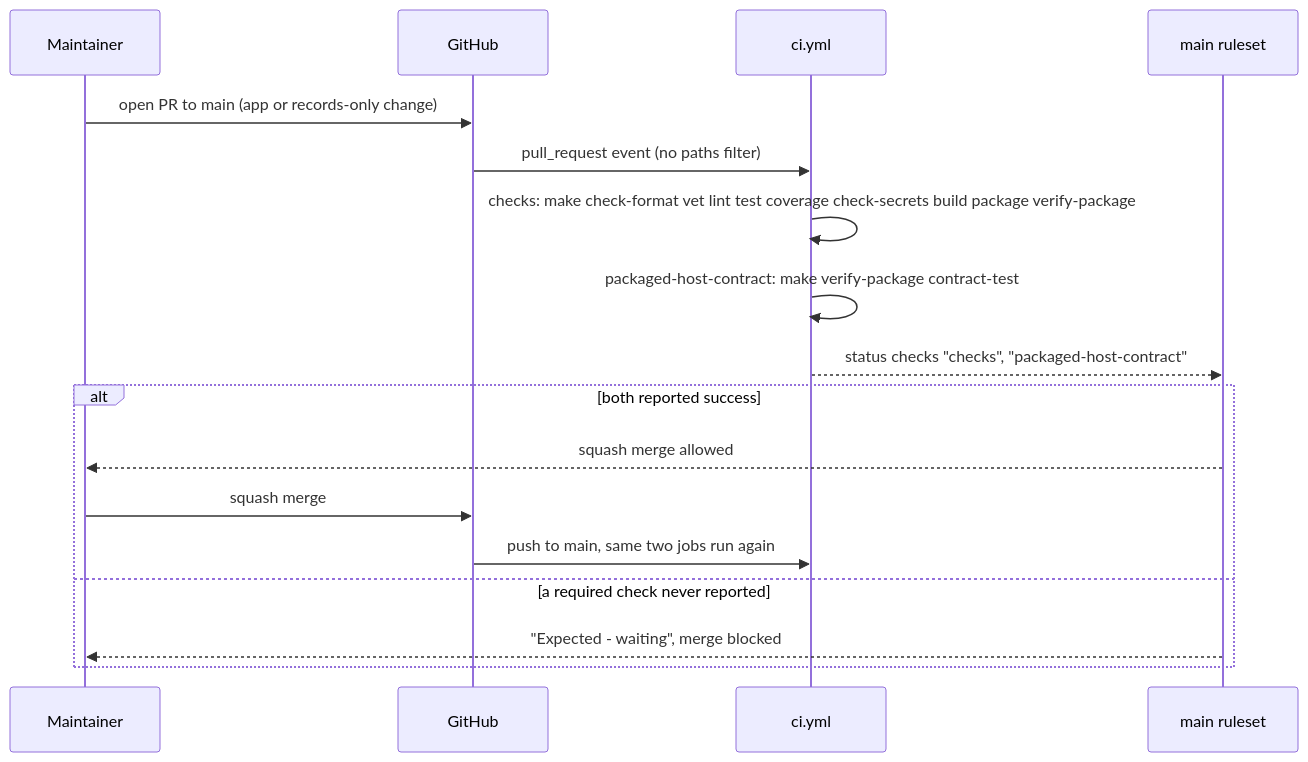
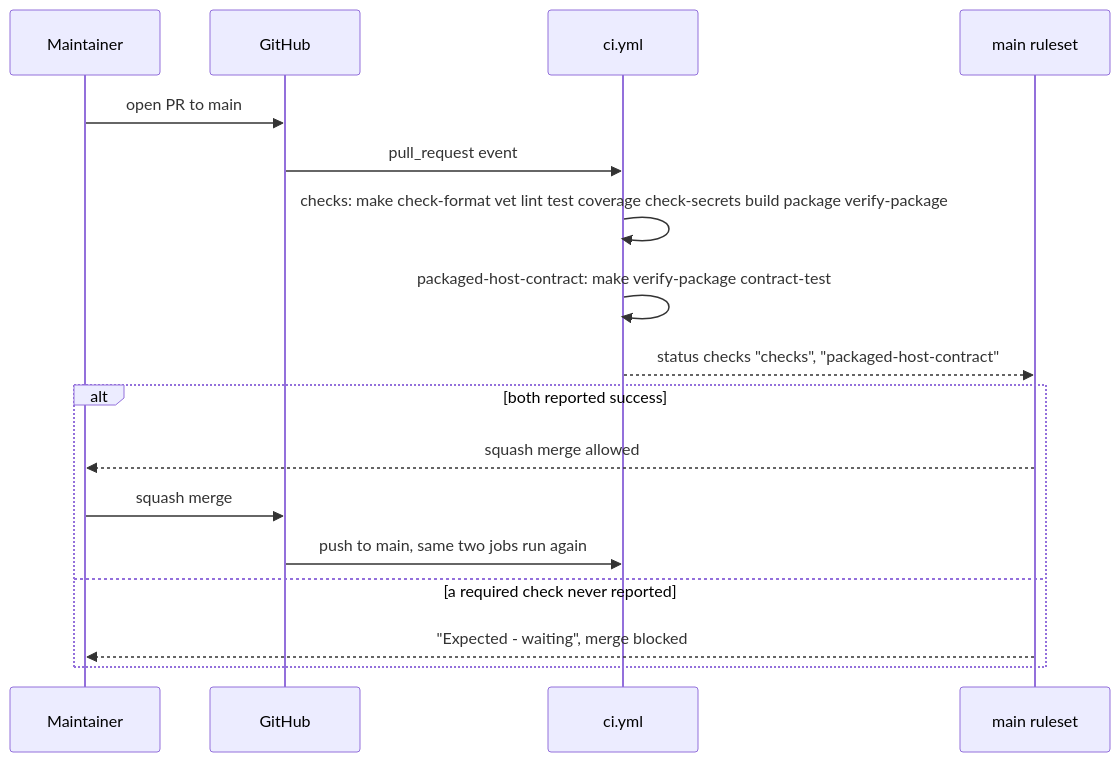
One commit to khuongdo/kandev-plugin-nulab-backlog changed the fifth of 10 diagrams in aidlc/spaces/default/codekb/kandev-plugin-nulab-backlog/architecture.md. Above: the diagram before and after it, drawn with Mermaid. The commit also changed other lines of this file and 53 other files, not shown here.

````diff
--- a/aidlc/spaces/default/codekb/kandev-plugin-nulab-backlog/architecture.md
+++ b/aidlc/spaces/default/codekb/kandev-plugin-nulab-backlog/architecture.md
@@ -98,19 +180,19 @@
 ```mermaid
 sequenceDiagram
   participant D as Maintainer
   participant GH as GitHub
   participant CI as ci.yml
   participant R as main ruleset
-  D->>GH: open PR to main (app or records-only change)
-  GH->>CI: pull_request event (no paths filter)
+  D->>GH: open PR to main
+  GH->>CI: pull_request event
   CI->>CI: checks: make check-format vet lint test coverage check-secrets build package verify-package
   CI->>CI: packaged-host-contract: make verify-package contract-test
   CI-->>R: status checks "checks", "packaged-host-contract"
   alt both reported success
     R-->>D: squash merge allowed
     D->>GH: squash merge
     GH->>CI: push to main, same two jobs run again
   else a required check never reported
     R-->>D: "Expected - waiting", merge blocked
   end
 ```
````
